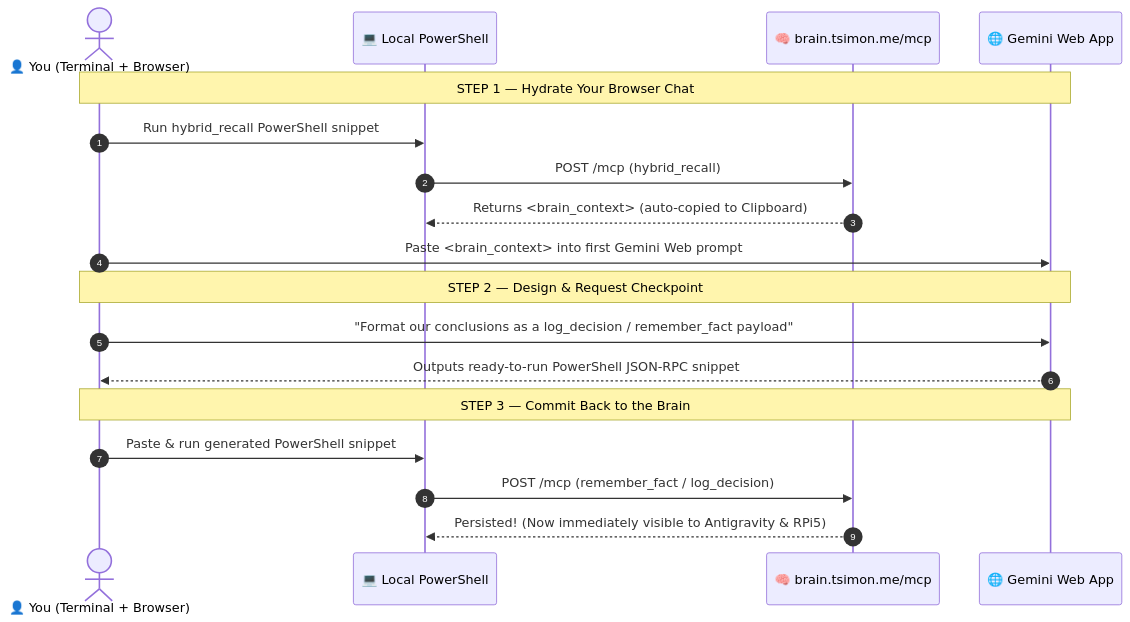
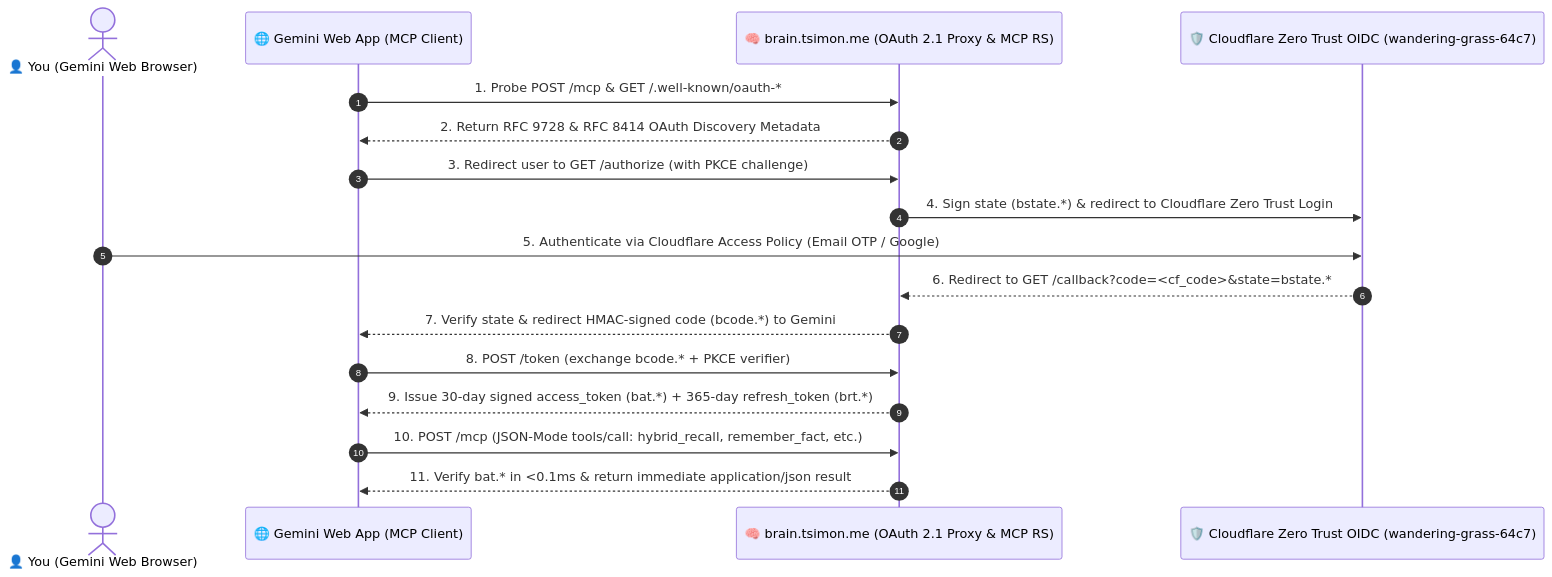
Before and after one commit to t0m-a/gemini-brain: the third of 11 diagrams in README.md, drawn with Mermaid. The commit also changed other lines of this file and 12 other files, not shown here.

First line of the commit message:
feat(mcp,auth,noc): add OAuth 2.1 Zero Trust OIDC proxy, Gemini Web connector & Cognitive NOC dashboard (v1.4.1)

````diff
--- a/README.md
+++ b/README.md
@@ -233,23 +244,20 @@
 ```mermaid
 sequenceDiagram
     autonumber
-    actor You as 👤 You (Terminal + Browser)
-    participant PS as 💻 Local PowerShell
-    participant Brain as 🧠 brain.tsimon.me/mcp
-    participant Web as 🌐 Gemini Web App
+    actor You as 👤 You (Gemini Web Browser)
+    participant Gem as 🌐 Gemini Web App (MCP Client)
+    participant Brain as 🧠 brain.tsimon.me (OAuth 2.1 Proxy & MCP RS)
+    participant CF as 🛡️ Cloudflare Zero Trust OIDC (wandering-grass-64c7)
 
-    Note over You,Web: STEP 1 — Hydrate Your Browser Chat
-    You->>PS: Run hybrid_recall PowerShell snippet
-    PS->>Brain: POST /mcp (hybrid_recall)
-    Brain-->>PS: Returns <brain_context> (auto-copied to Clipboard)
-    You->>Web: Paste <brain_context> into first Gemini Web prompt
-
-    Note over You,Web: STEP 2 — Design & Request Checkpoint
-    You->>Web: "Format our conclusions as a log_decision / remember_fact payload"
-    Web-->>You: Outputs ready-to-run PowerShell JSON-RPC snippet
-
-    Note over You,Web: STEP 3 — Commit Back to the Brain
-    You->>PS: Paste & run generated PowerShell snippet
-    PS->>Brain: POST /mcp (remember_fact / log_decision)
-    Brain-->>PS: Persisted! (Now immediately visible to Antigravity & RPi5)
+    Gem->>Brain: 1. Probe POST /mcp & GET /.well-known/oauth-*
+    Brain-->>Gem: 2. Return RFC 9728 & RFC 8414 OAuth Discovery Metadata
+    Gem->>Brain: 3. Redirect user to GET /authorize (with PKCE challenge)
+    Brain->>CF: 4. Sign state (bstate.*) & redirect to Cloudflare Zero Trust Login
+    You->>CF: 5. Authenticate via Cloudflare Access Policy (Email OTP / Google)
+    CF-->>Brain: 6. Redirect to GET /callback?code=<cf_code>&state=bstate.*
+    Brain-->>Gem: 7. Verify state & redirect HMAC-signed code (bcode.*) to Gemini
+    Gem->>Brain: 8. POST /token (exchange bcode.* + PKCE verifier)
+    Brain-->>Gem: 9. Issue 30-day signed access_token (bat.*) + 365-day refresh_token (brt.*)
+    Gem->>Brain: 10. POST /mcp (JSON-Mode tools/call: hybrid_recall, remember_fact, etc.)
+    Brain-->>Gem: 11. Verify bat.* in <0.1ms & return immediate application/json result
 ```
````
